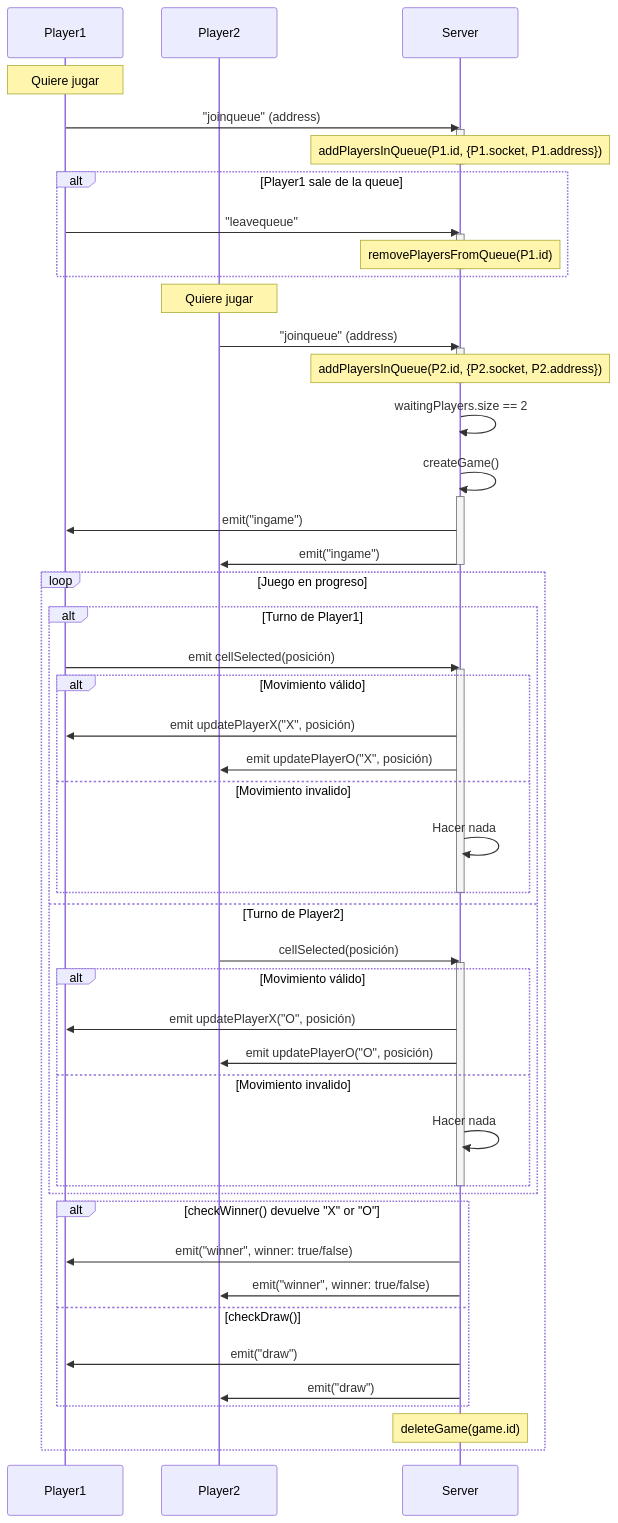
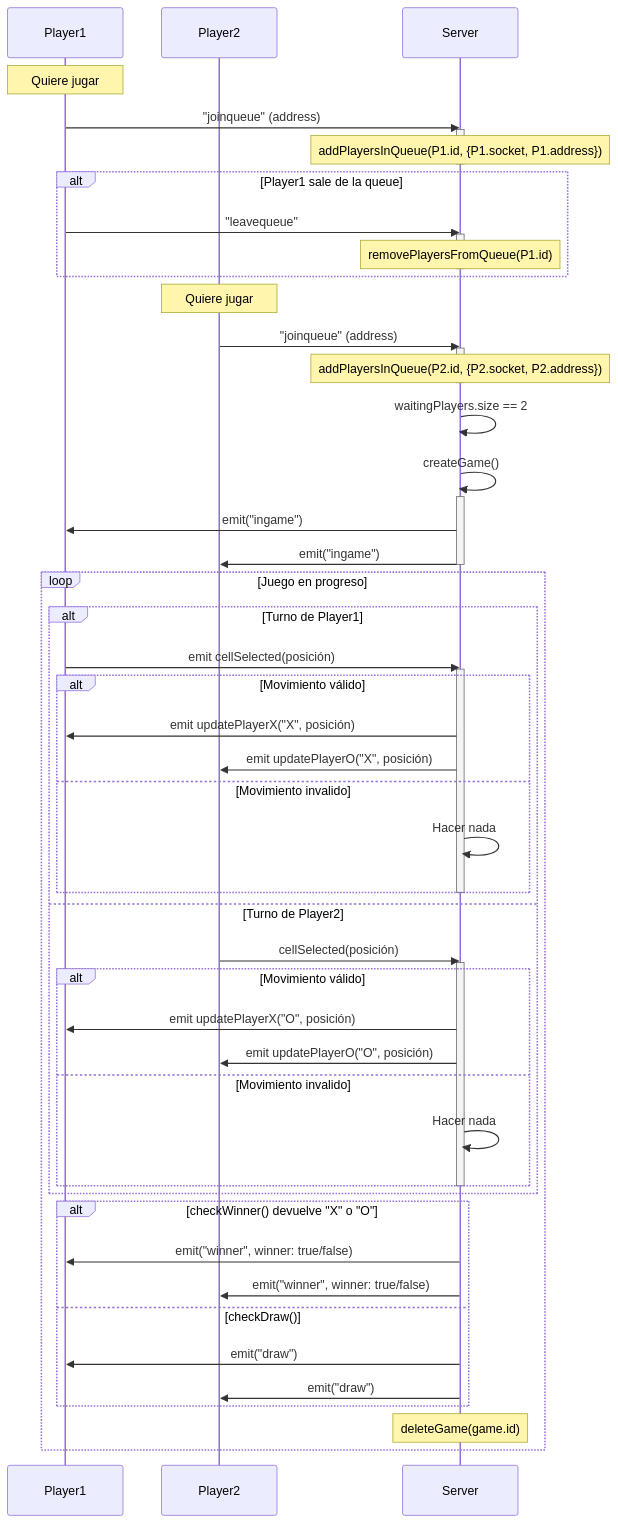
The third of 3 diagrams in README.md (lucasbuyatti/Juego-y-SmartContract), drawn with Mermaid before and after one commit.

````diff
--- a/README.md
+++ b/README.md
@@ -62,66 +62,66 @@
 ```mermaid
 sequenceDiagram
     participant P1 as Player1
     participant P2 as Player2
     participant Serv as Server
 
     Note over P1: Quiere jugar
     P1->>Serv: "joinqueue" (address)
     activate Serv
     Note over Serv: addPlayersInQueue(P1.id, {P1.socket, P1.address})
     deactivate Serv
 
     alt Player1 sale de la queue
         P1->>Serv: "leavequeue"
         activate Serv
         Note over Serv: removePlayersFromQueue(P1.id)
         deactivate Serv
     end
 
     Note over P2: Quiere jugar
     P2->>Serv: "joinqueue" (address)
     activate Serv
     Note over Serv: addPlayersInQueue(P2.id, {P2.socket, P2.address})
     deactivate Serv
 
     Serv->>Serv: waitingPlayers.size == 2
     Serv->>Serv: createGame()
     activate Serv
     Serv->>P1: emit("ingame")
     Serv->>P2: emit("ingame")
     deactivate Serv
 
     loop Juego en progreso
         alt Turno de Player1
             P1->>Serv: emit cellSelected(posición)
             activate Serv
             alt Movimiento válido
                 Serv->>P1: emit updatePlayerX("X", posición)
                 Serv->>P2: emit updatePlayerO("X", posición)
             else Movimiento invalido
                 Serv->>Serv: Hacer nada
             end
             deactivate Serv
         else Turno de Player2
             P2->>Serv: cellSelected(posición)
             activate Serv
             alt Movimiento válido
                 Serv->>P1: emit updatePlayerX("O", posición)
                 Serv->>P2: emit updatePlayerO("O", posición)
             else Movimiento invalido
                 Serv->>Serv: Hacer nada
             end
             deactivate Serv
         end
 
-        alt checkWinner() devuelve "X" or "O"
+        alt checkWinner() devuelve "X" o "O"
             Serv->>P1: emit("winner", winner: true/false)
             Serv->>P2: emit("winner", winner: true/false)
         else checkDraw()
             Serv->>P1: emit("draw")
             Serv->>P2: emit("draw")
         end
         Note over Serv: deleteGame(game.id)
     end
 
 ```
````
